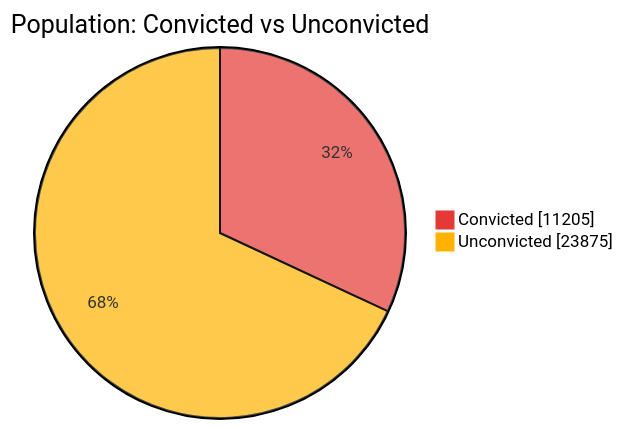
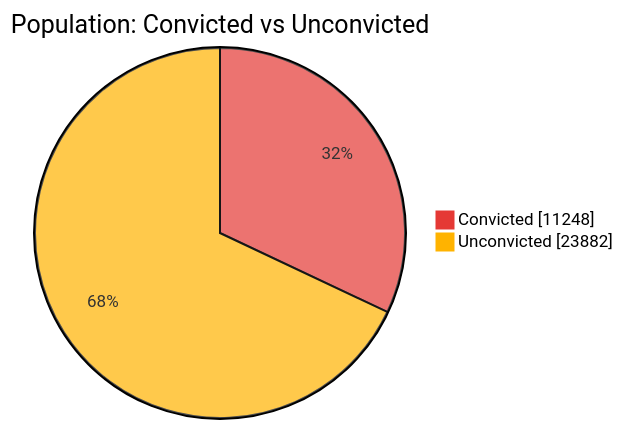
The first of 7 diagrams in README.md (nuuuwan/lk_prisons), drawn with Mermaid before and after one commit. The commit also changed other lines of this file and 1 other file, not shown here.

````diff
--- a/README.md
+++ b/README.md
@@ -43,6 +43,6 @@
 ```mermaid
 %%{init: {'themeVariables': {'pie1': '#E53935', 'pie2': '#FFB300'}}}%%
 pie showData title Population: Convicted vs Unconvicted
-    "Convicted" : 11205
-    "Unconvicted" : 23875
+    "Convicted" : 11248
+    "Unconvicted" : 23882
 ```
````
